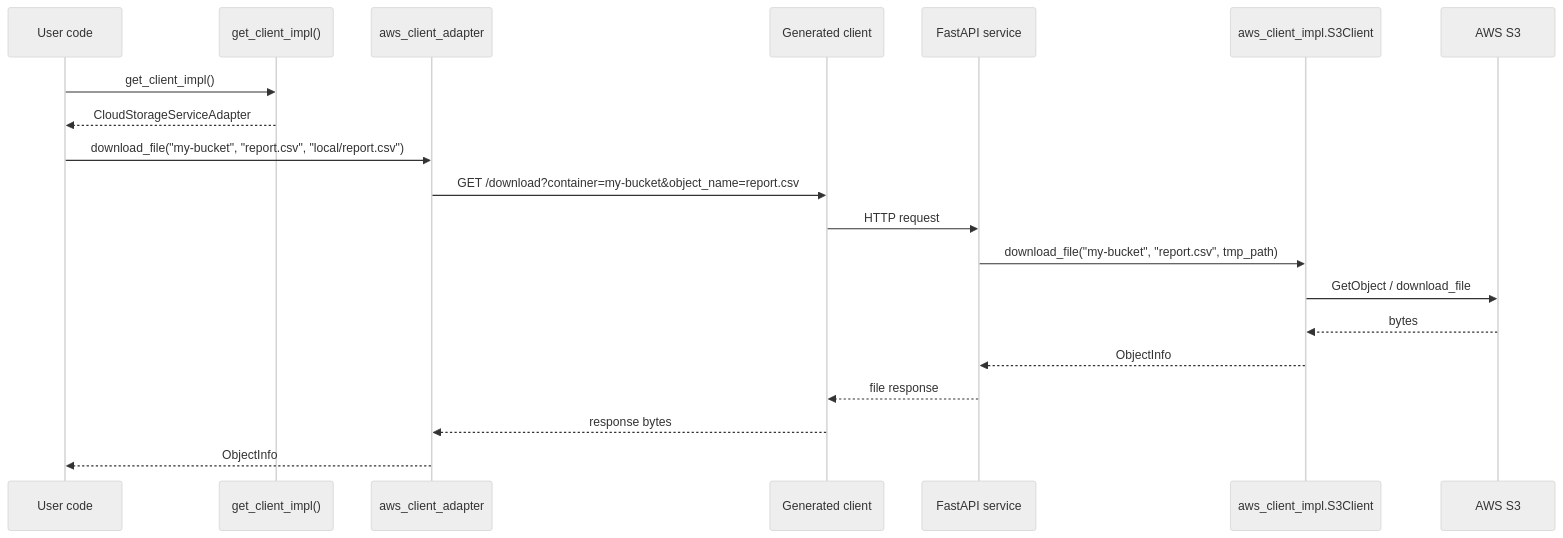
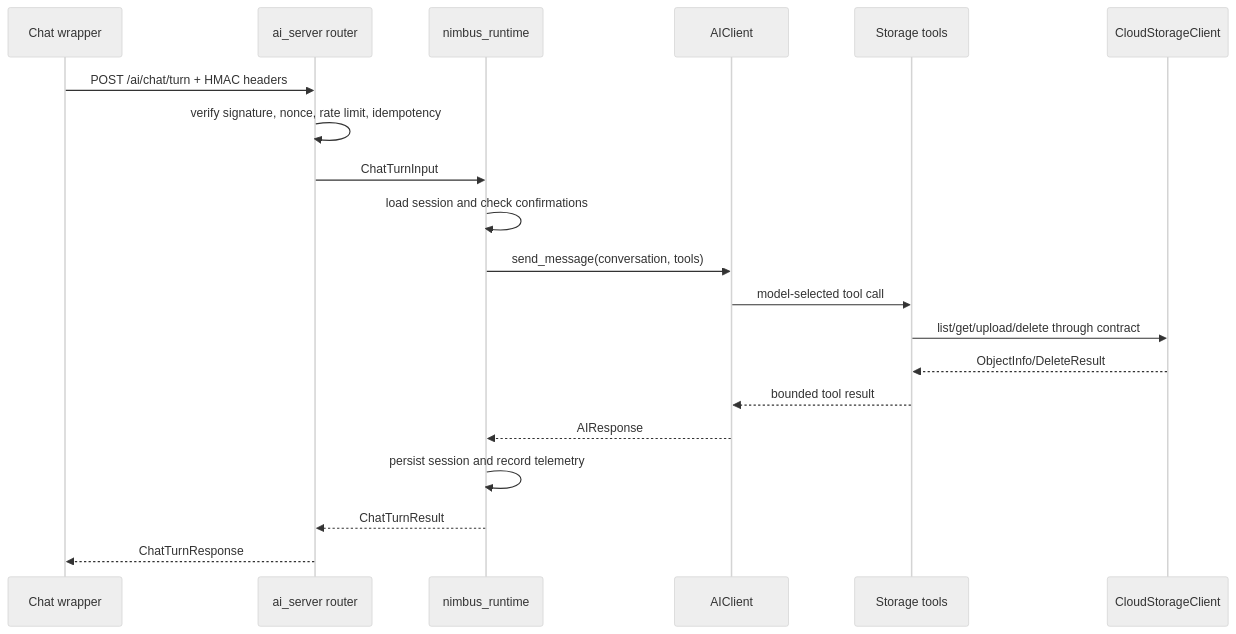
The third of 3 diagrams in DESIGN.md (2SpaceMasterRace/nimbus), drawn with Mermaid (neutral theme) before and after one commit. The commit also changed other lines of this file and 218 other files, not shown here.

````diff
--- a/DESIGN.md
+++ b/DESIGN.md
@@ -73,23 +155,23 @@
 ```mermaid
 sequenceDiagram
-    participant U as User code
-    participant F as get_client_impl()
-    participant A as aws_client_adapter
-    participant G as Generated client
-    participant H as FastAPI service
-    participant L as aws_client_impl.S3Client
-    participant S as AWS S3
+    participant W as Chat wrapper
+    participant R as ai_server router
+    participant N as nimbus_runtime
+    participant A as AIClient
+    participant T as Storage tools
+    participant S as CloudStorageClient
 
-    U->>F: get_client_impl()
-    F-->>U: CloudStorageServiceAdapter
-    U->>A: download_file("my-bucket", "report.csv", "local/report.csv")
-    A->>G: GET /download?container=my-bucket&object_name=report.csv
-    G->>H: HTTP request
-    H->>L: download_file("my-bucket", "report.csv", tmp_path)
-    L->>S: GetObject / download_file
-    S-->>L: bytes
-    L-->>H: ObjectInfo
-    H-->>G: file response
-    G-->>A: response bytes
-    A-->>U: ObjectInfo
+    W->>R: POST /ai/chat/turn + HMAC headers
+    R->>R: verify signature, nonce, rate limit, idempotency
+    R->>N: ChatTurnInput
+    N->>N: load session and check confirmations
+    N->>A: send_message(conversation, tools)
+    A->>T: model-selected tool call
+    T->>S: list/get/upload/delete through contract
+    S-->>T: ObjectInfo/DeleteResult
+    T-->>A: bounded tool result
+    A-->>N: AIResponse
+    N->>N: persist session and record telemetry
+    N-->>R: ChatTurnResult
+    R-->>W: ChatTurnResponse
 ```
````
